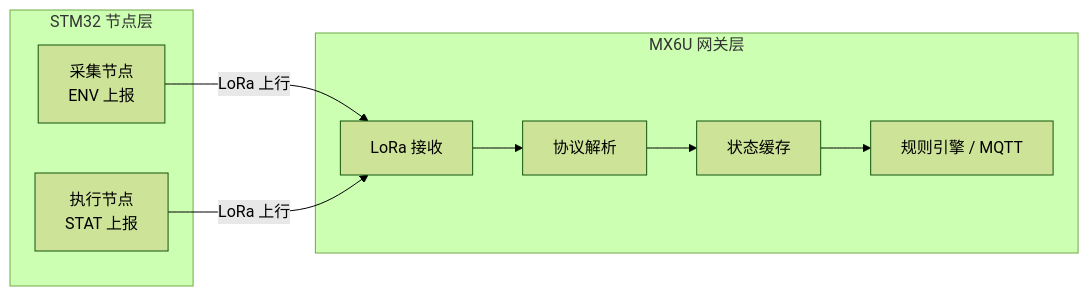
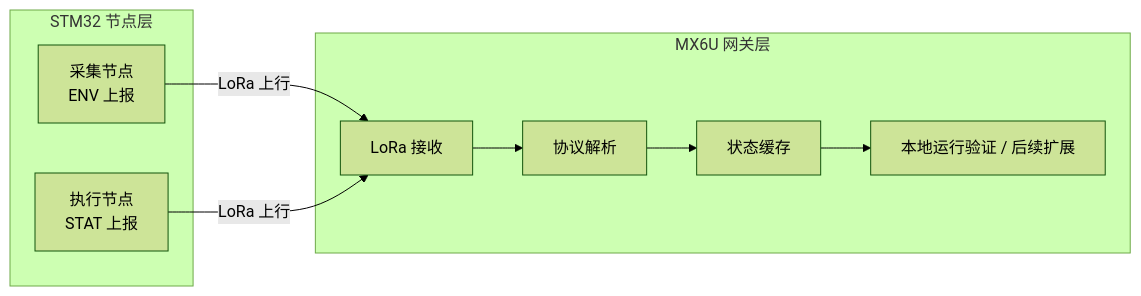
The diagram in 文档/总体文档/总体刚要.md (milk26940/Smart-Greenhouse), drawn with Mermaid (forest theme) before and after one commit. The commit also changed other lines of this file and 30 other files, not shown here.

````diff
--- a/文档/总体文档/总体刚要.md
+++ b/文档/总体文档/总体刚要.md
@@ -15,18 +15,18 @@
 ```mermaid
 graph LR
     subgraph STM32["STM32 节点层"]
         S1["采集节点<br/>ENV 上报"]
         S2["执行节点<br/>STAT 上报"]
     end
 
     subgraph GW["MX6U 网关层"]
         G1["LoRa 接收"]
         G2["协议解析"]
         G3["状态缓存"]
-        G4["规则引擎 / MQTT"]
+        G4["本地运行验证 / 后续扩展"]
     end
 
     S1 -->|LoRa 上行| G1
     S2 -->|LoRa 上行| G1
     G1 --> G2 --> G3 --> G4
 ```
````
